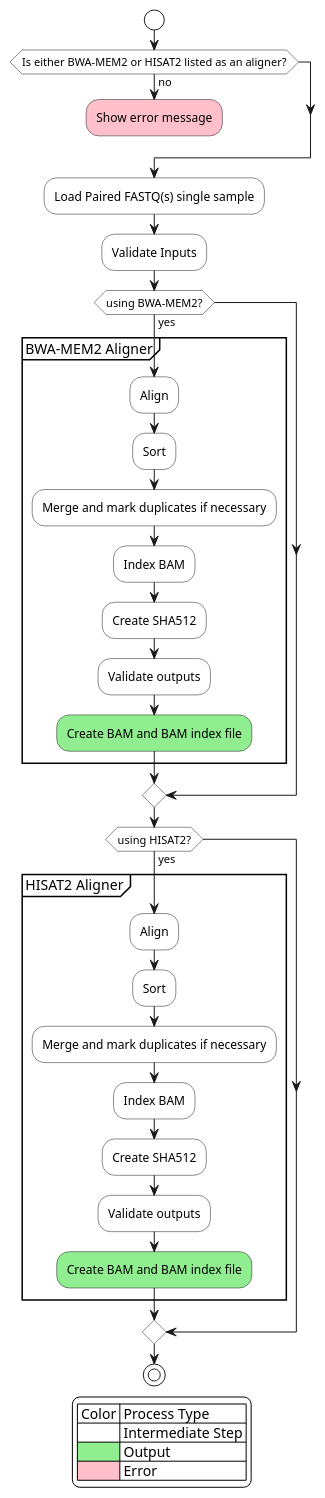
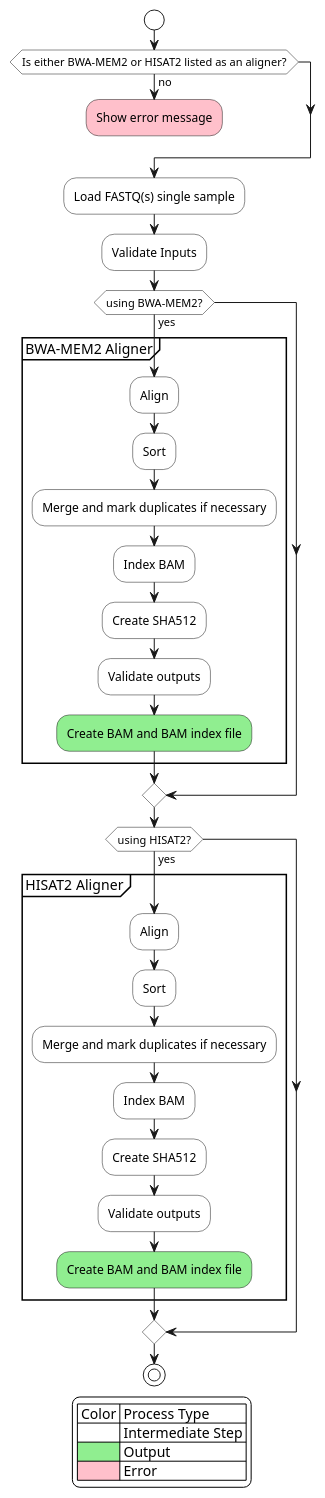
Before and after one commit to uclahs-cds/pipeline-align-DNA: the diagram in docs/dna-align-flow.puml, drawn with PlantUML.

Commit message:
revise fastq read step

```diff
--- a/docs/dna-align-flow.puml
+++ b/docs/dna-align-flow.puml
@@ -1,46 +1,46 @@
 @startuml
 <style>
 activityDiagram {
     BackgroundColor #FFFFFF
     BorderColor #000000
     FontColor #000
     }
 </style>
 start
 if (Is either BWA-MEM2 or HISAT2 listed as an aligner?) then (no)
     #pink :Show error message;
     detach 
 endif
-:Load Paired FASTQ(s) single sample;
+:Load FASTQ(s) single sample;
 :Validate Inputs;
 if (using BWA-MEM2?) then (yes)
     group BWA-MEM2 Aligner
     :Align;
     :Sort;
     :Merge and mark duplicates if necessary;
     :Index BAM;
     :Create SHA512;
     :Validate outputs;
     #lightgreen :Create BAM and BAM index file;
     end group
 endif
 
 if (using HISAT2?) then (yes)
     group HISAT2 Aligner
     :Align;
     :Sort;
     :Merge and mark duplicates if necessary;
     :Index BAM;
     :Create SHA512;
     :Validate outputs;
     #lightgreen :Create BAM and BAM index file;
     end group
 endif
 legend
     | Color | Process Type |
     | <#White> | Intermediate Step |
     | <#LightGreen> | Output |
     | <#pink> | Error |
 endlegend
 stop
 @enduml
```
